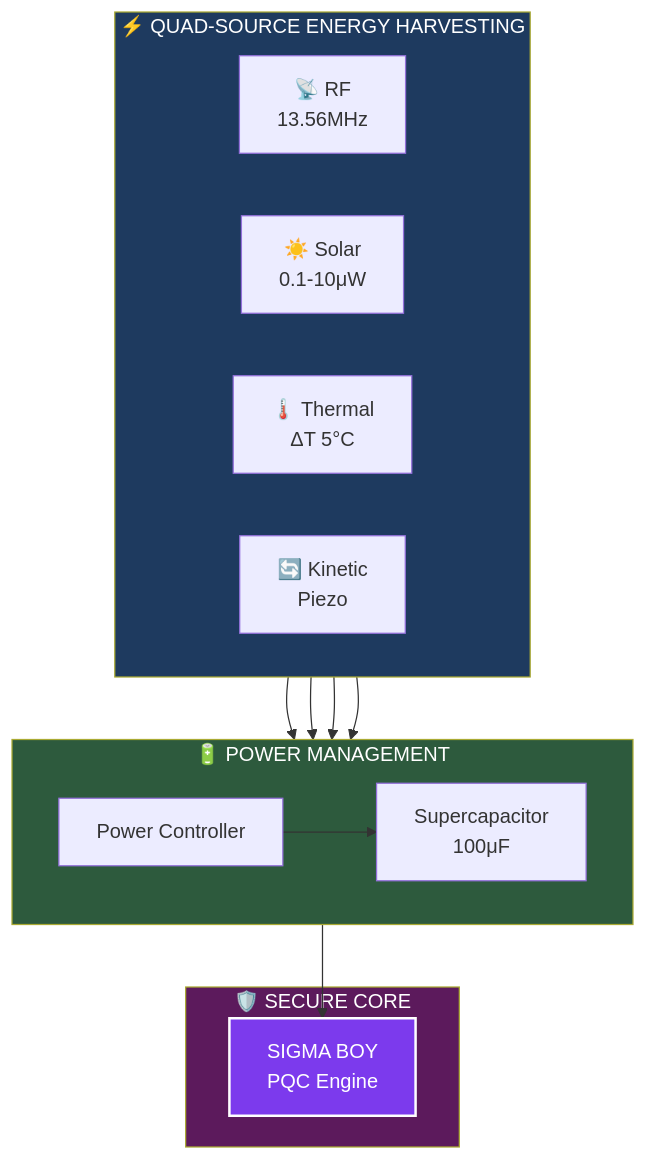
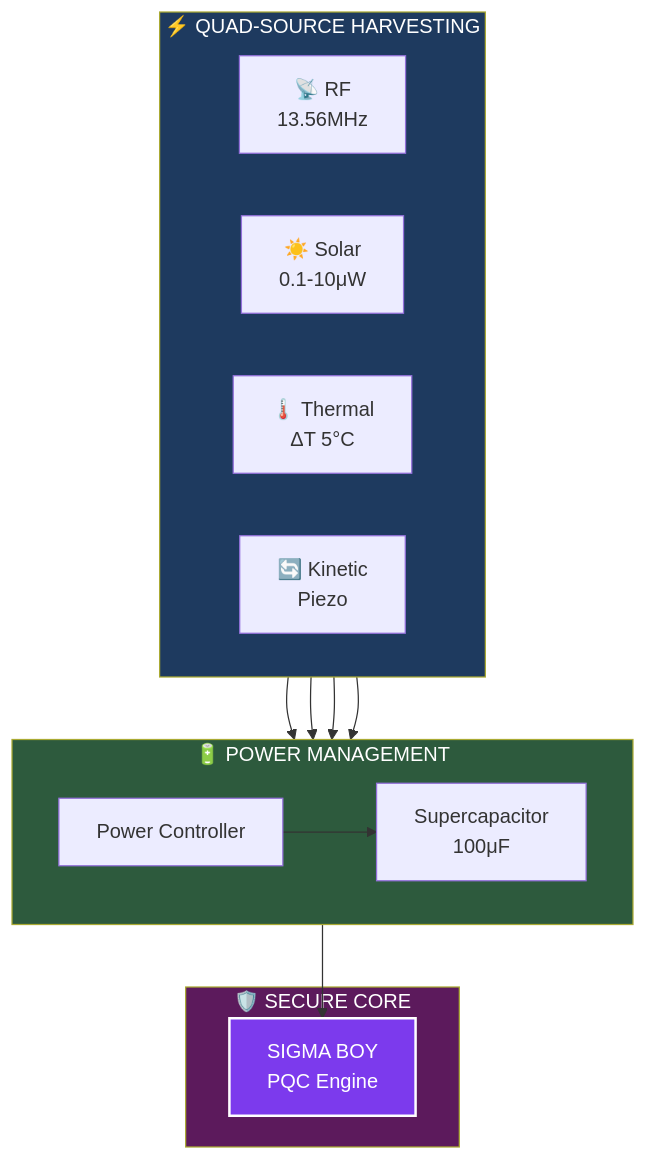
One commit to TAG-IT-NETWORK/tagit-docs changed the second of 4 diagrams in docs/hardware/sigma-boy.md. Above: the diagram before and after it, drawn with Mermaid.

Commit message:
docs(sigma-boy): shorten harvesting subgraph title

````diff
--- a/docs/hardware/sigma-boy.md
+++ b/docs/hardware/sigma-boy.md
@@ -150,32 +150,32 @@
 ```mermaid
 flowchart TB
-    subgraph HARVEST["⚡ QUAD-SOURCE ENERGY HARVESTING"]
+    subgraph HARVEST["⚡ QUAD-SOURCE HARVESTING"]
         direction LR
         RF["📡 RF<br>13.56MHz"]
         SOLAR["☀️ Solar<br>0.1-10μW"]
         THERMAL["🌡️ Thermal<br>ΔT 5°C"]
         KINETIC["🔄 Kinetic<br>Piezo"]
     end
 
     subgraph POWER["🔋 POWER MANAGEMENT"]
         direction LR
         MGMT["Power Controller"]
         CAP["Supercapacitor<br>100μF"]
     end
 
     subgraph CORE["🛡️ SECURE CORE"]
         SIGMA["SIGMA BOY<br>PQC Engine"]
     end
 
     RF --> MGMT
     SOLAR --> MGMT
     THERMAL --> MGMT
     KINETIC --> MGMT
     MGMT --> CAP
     CAP --> SIGMA
 
     style HARVEST fill:#1e3a5f,color:#fff
     style POWER fill:#2d5a3d,color:#fff
     style CORE fill:#5c1a5c,color:#fff
     style SIGMA fill:#7c3aed,color:#fff,stroke:#fff,stroke-width:2px
 ```
````
